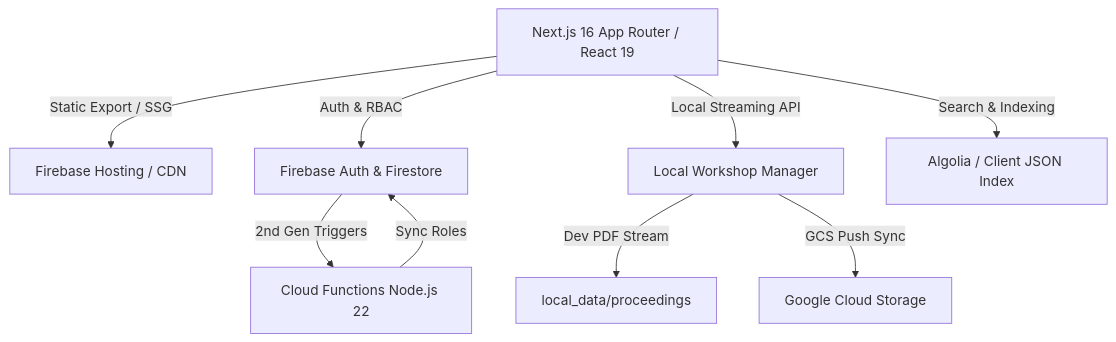
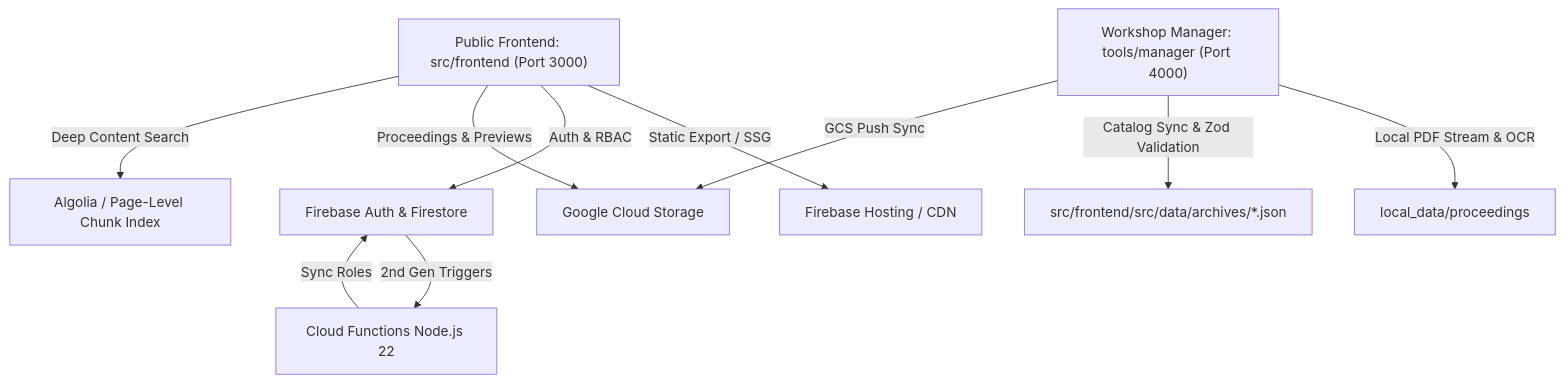
The diagram in README.md (HEMS-webmaster/HEMS-website-frontend), drawn with Mermaid before and after one commit. The commit also changed other lines of this file and 34 other files, not shown here.

Commit message:
feat: finalize mission/history revamp, purge 484MB static build bloat, and restore local archive PDF routing

````diff
--- a/README.md
+++ b/README.md
@@ -11,11 +11,12 @@
 ```mermaid
 graph TD
-    A[Next.js 16 App Router / React 19] -->|Static Export / SSG| B[Firebase Hosting / CDN]
-    A -->|Auth & RBAC| C[Firebase Auth & Firestore]
-    A -->|Local Streaming API| D[Local Workshop Manager]
-    D -->|Dev PDF Stream| E[local_data/proceedings]
-    D -->|GCS Push Sync| F[Google Cloud Storage]
-    C -->|2nd Gen Triggers| G[Cloud Functions Node.js 22]
-    G -->|Sync Roles| C
-    A -->|Search & Indexing| H[Algolia / Client JSON Index]
+    A["Public Frontend: src/frontend (Port 3000)"] -->|Static Export / SSG| B["Firebase Hosting / CDN"]
+    A -->|Auth & RBAC| C["Firebase Auth & Firestore"]
+    A -->|Proceedings & Previews| F["Google Cloud Storage"]
+    D["Workshop Manager: tools/manager (Port 4000)"] -->|Local PDF Stream & OCR| E["local_data/proceedings"]
+    D -->|Catalog Sync & Zod Validation| G["src/frontend/src/data/archives/*.json"]
+    D -->|GCS Push Sync| F
+    C -->|2nd Gen Triggers| H["Cloud Functions Node.js 22"]
+    H -->|Sync Roles| C
+    A -->|Deep Content Search| I["Algolia / Page-Level Chunk Index"]
 ```
````
